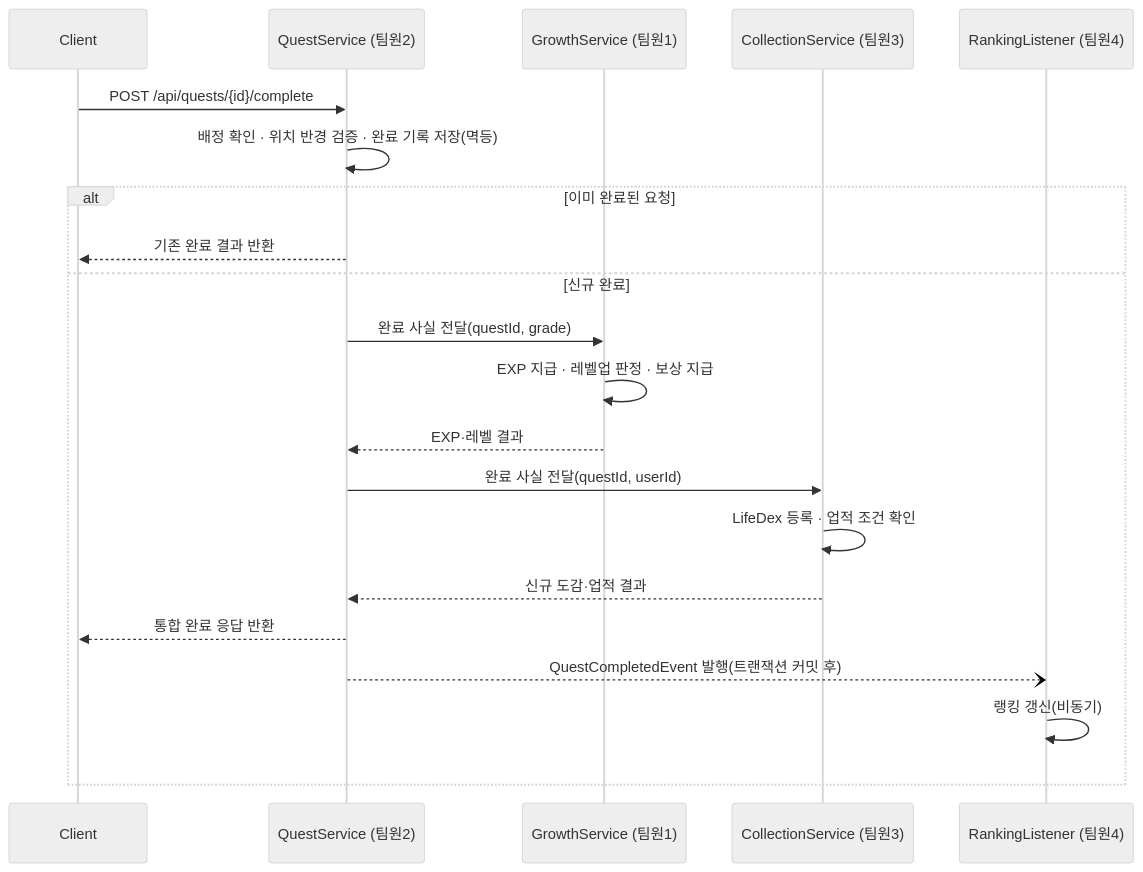
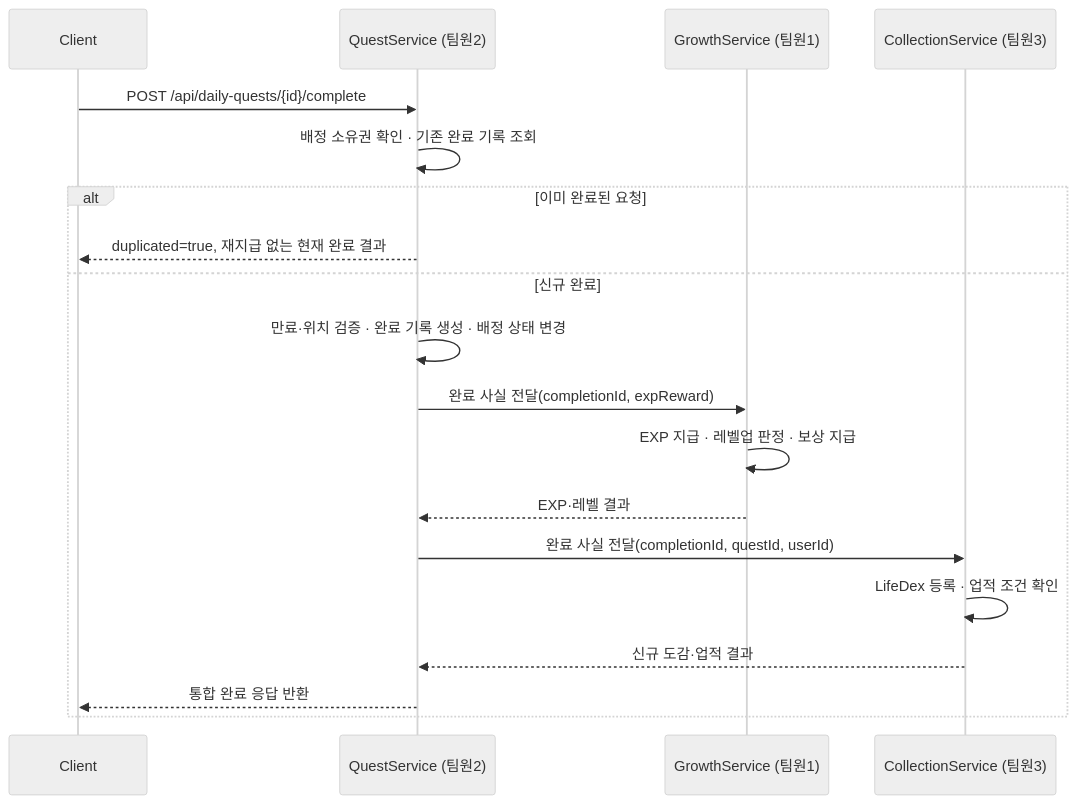
One commit to mahoora0/LifeQuest changed the diagram in docs/04-api-spec.md. Above: the diagram before and after it, drawn with Mermaid (neutral theme). The commit also changed other lines of this file and 6 other files, not shown here.

````diff
--- a/docs/04-api-spec.md
+++ b/docs/04-api-spec.md
@@ -137,24 +186,22 @@
 ```mermaid
 sequenceDiagram
     participant C as Client
     participant Q as QuestService (팀원2)
     participant E as GrowthService (팀원1)
     participant L as CollectionService (팀원3)
-    participant R as RankingListener (팀원4)
 
-    C->>Q: POST /api/quests/{id}/complete
-    Q->>Q: 배정 확인 · 위치 반경 검증 · 완료 기록 저장(멱등)
+    C->>Q: POST /api/daily-quests/{id}/complete
+    Q->>Q: 배정 소유권 확인 · 기존 완료 기록 조회
     alt 이미 완료된 요청
-        Q-->>C: 기존 완료 결과 반환
+        Q-->>C: duplicated=true, 재지급 없는 현재 완료 결과
     else 신규 완료
-        Q->>E: 완료 사실 전달(questId, grade)
+        Q->>Q: 만료·위치 검증 · 완료 기록 생성 · 배정 상태 변경
+        Q->>E: 완료 사실 전달(completionId, expReward)
         E->>E: EXP 지급 · 레벨업 판정 · 보상 지급
         E-->>Q: EXP·레벨 결과
-        Q->>L: 완료 사실 전달(questId, userId)
+        Q->>L: 완료 사실 전달(completionId, questId, userId)
         L->>L: LifeDex 등록 · 업적 조건 확인
         L-->>Q: 신규 도감·업적 결과
         Q-->>C: 통합 완료 응답 반환
-        Q--)R: QuestCompletedEvent 발행(트랜잭션 커밋 후)
-        R->>R: 랭킹 갱신(비동기)
     end
 ```
````
